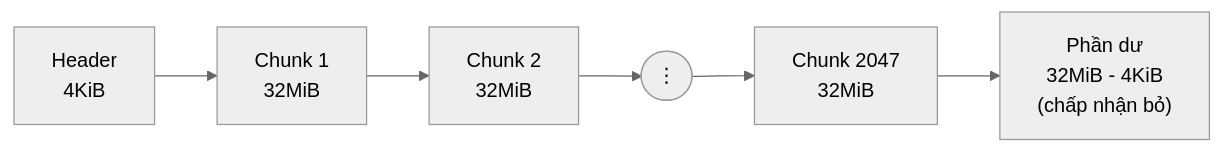
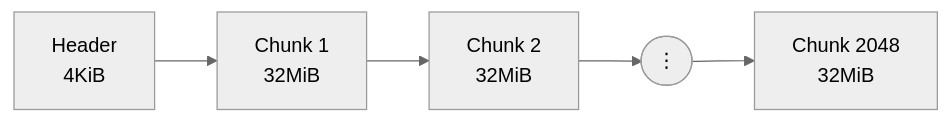
Before and after one commit to tuanca2503/core-storage: the third of 5 diagrams in docs/DISK_FORMAT_STRUCT.md, drawn with Mermaid (neutral theme). The commit also changed other lines of this file and 13 other files, not shown here.

````diff
--- a/docs/DISK_FORMAT_STRUCT.md
+++ b/docs/DISK_FORMAT_STRUCT.md
@@ -78,4 +79,4 @@
 ```mermaid
 flowchart LR
-  H["Header<br/>4KiB"] --> C1["Chunk 1<br/>32MiB"] --> C2["Chunk 2<br/>32MiB"] --> Dots(["⋮"]) --> C2047["Chunk 2047<br/>32MiB"] --> Waste["Phần dư<br/>32MiB - 4KiB<br/>(chấp nhận bỏ)"]
+  H["Header<br/>4KiB"] --> C1["Chunk 1<br/>32MiB"] --> C2["Chunk 2<br/>32MiB"] --> Dots(["⋮"]) --> C2048["Chunk 2048<br/>32MiB"]
 ```
````
